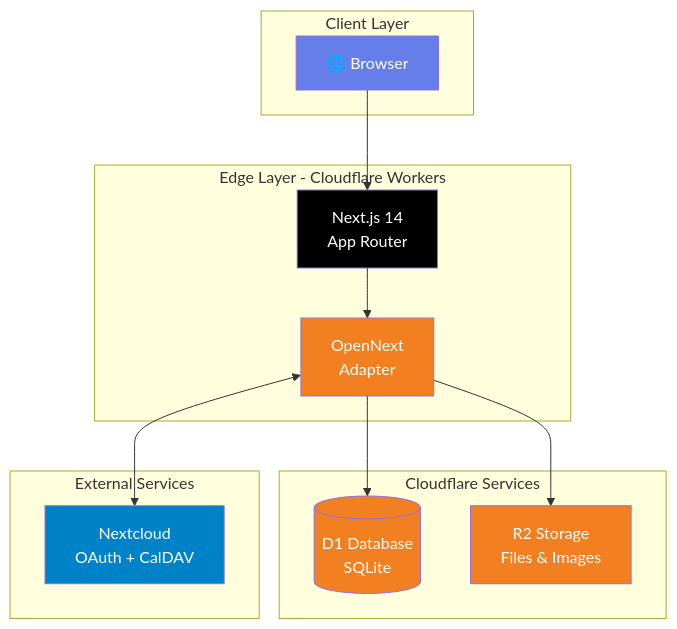
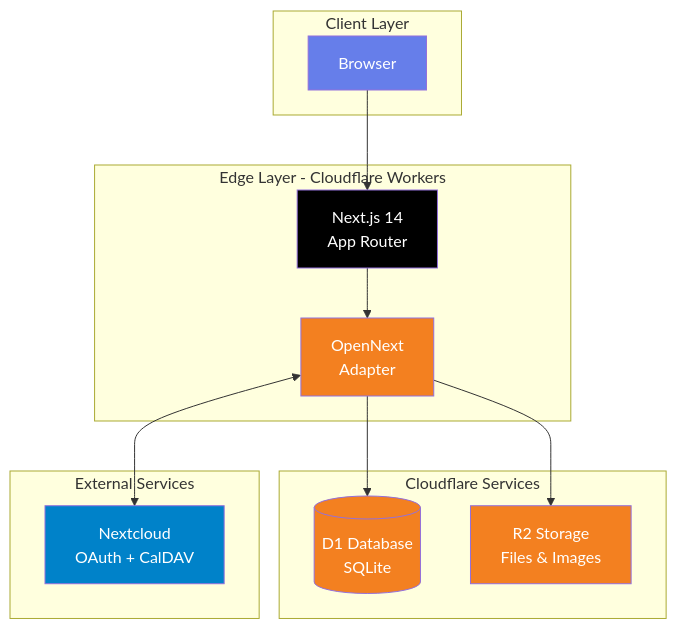
The diagram in README.md (United-Tattoo/united-tattoo), drawn with Mermaid before and after one commit. The commit also changed other lines of this file, not shown here.

````diff
--- a/README.md
+++ b/README.md
@@ -248,33 +248,33 @@
 ```mermaid
 graph TB
     subgraph "Client Layer"
-        Browser[🌐 Browser]
+        Browser[Browser]
     end
 
     subgraph "Edge Layer - Cloudflare Workers"
         NextJS[Next.js 14<br/>App Router]
         OpenNext[OpenNext<br/>Adapter]
     end
 
     subgraph "Cloudflare Services"
         D1[(D1 Database<br/>SQLite)]
         R2[R2 Storage<br/>Files & Images]
     end
 
     subgraph "External Services"
         Nextcloud[Nextcloud<br/>OAuth + CalDAV]
     end
 
     Browser --> NextJS
     NextJS --> OpenNext
     OpenNext --> D1
     OpenNext --> R2
     OpenNext <--> Nextcloud
 
     style Browser fill:#667eea,color:#fff
     style NextJS fill:#000,color:#fff
     style OpenNext fill:#f38020,color:#fff
     style D1 fill:#f38020,color:#fff
     style R2 fill:#f38020,color:#fff
     style Nextcloud fill:#0082c9,color:#fff
 ```
````
